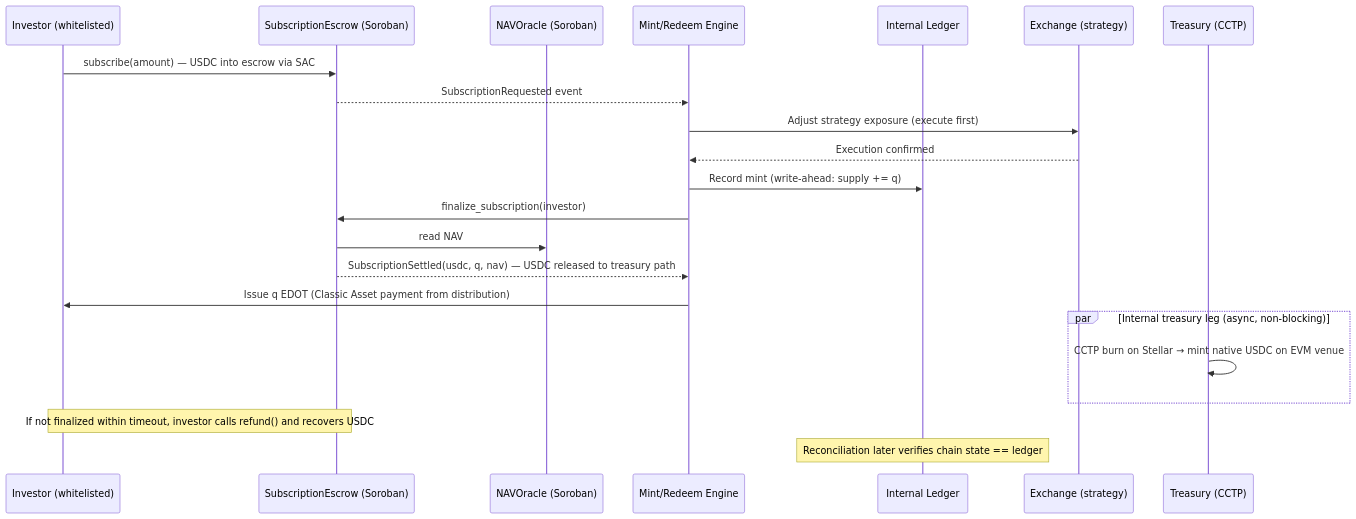
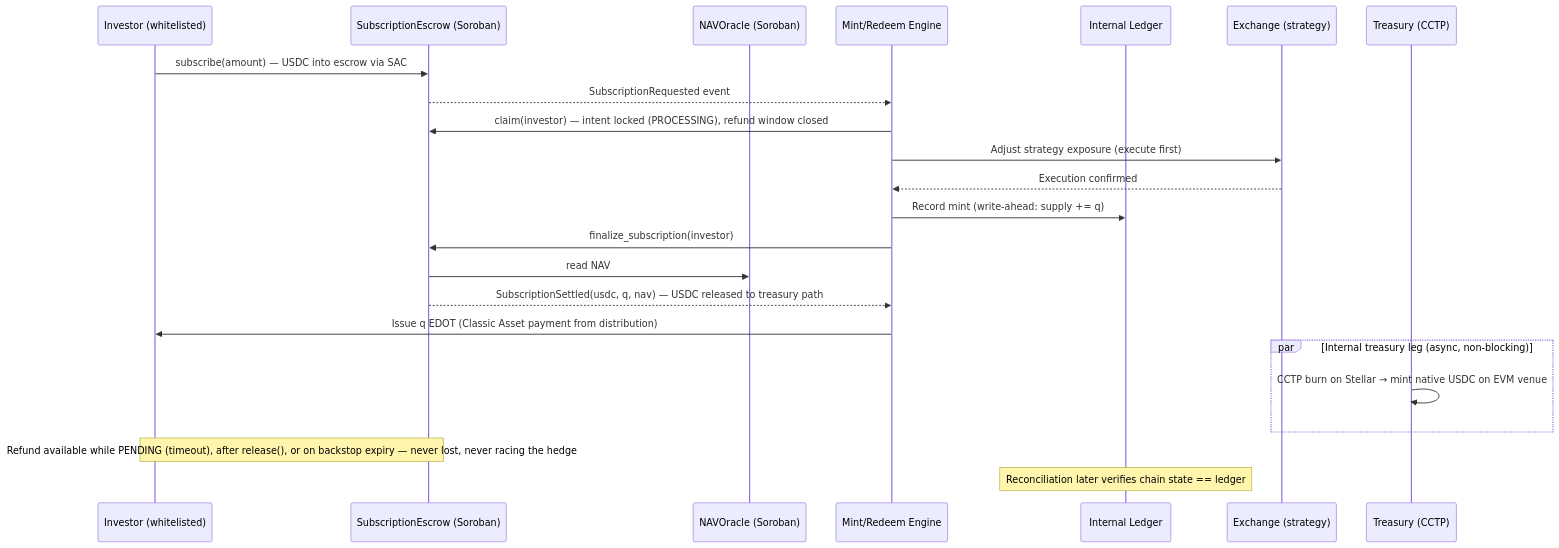
The third of 4 diagrams in docs/ARCHITECTURE.md (trakx/stellar-strategy-rails), drawn with Mermaid before and after one commit. The commit also changed other lines of this file, not shown here.

First line of the commit message:
Enhance SubscriptionEscrow documentation and flow details

````diff
--- a/docs/ARCHITECTURE.md
+++ b/docs/ARCHITECTURE.md
@@ -142,25 +149,26 @@
 ```mermaid
 sequenceDiagram
     participant I as Investor (whitelisted)
     participant ESC as SubscriptionEscrow (Soroban)
     participant ORC as NAVOracle (Soroban)
     participant M as Mint/Redeem Engine
     participant L as Internal Ledger
     participant E as Exchange (strategy)
     participant T as Treasury (CCTP)
 
     I->>ESC: subscribe(amount) — USDC into escrow via SAC
     ESC-->>M: SubscriptionRequested event
+    M->>ESC: claim(investor) — intent locked (PROCESSING), refund window closed
     M->>E: Adjust strategy exposure (execute first)
     E-->>M: Execution confirmed
     M->>L: Record mint (write-ahead: supply += q)
     M->>ESC: finalize_subscription(investor)
     ESC->>ORC: read NAV
     ESC-->>M: SubscriptionSettled(usdc, q, nav) — USDC released to treasury path
     M->>I: Issue q EDOT (Classic Asset payment from distribution)
     par Internal treasury leg (async, non-blocking)
         T->>T: CCTP burn on Stellar → mint native USDC on EVM venue
     end
-    Note over ESC,I: If not finalized within timeout, investor calls refund() and recovers USDC
+    Note over ESC,I: Refund available while PENDING (timeout), after release(), or on backstop expiry — never lost, never racing the hedge
     Note over L: Reconciliation later verifies chain state == ledger
 ```
````
